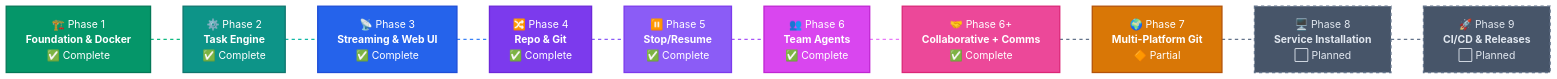
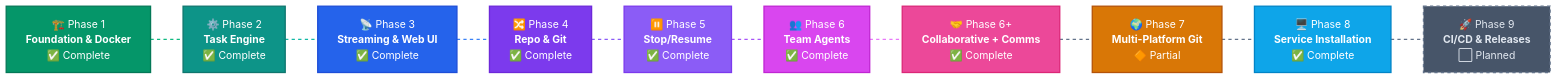
Before and after one commit to davidebaraldo/Klaudio: the diagram in ROADMAP.md, drawn with Mermaid (base theme). The commit also changed other lines of this file and 11 other files, not shown here.

First line of the commit message:
feat: add Phase 8 — system service installation (Windows + Linux)

````diff
--- a/ROADMAP.md
+++ b/ROADMAP.md
@@ -7,36 +7,36 @@
 ```mermaid
 graph LR
     P1["🏗️ Phase 1<br/><b>Foundation & Docker</b><br/>✅ Complete"]
     P2["⚙️ Phase 2<br/><b>Task Engine</b><br/>✅ Complete"]
     P3["📡 Phase 3<br/><b>Streaming & Web UI</b><br/>✅ Complete"]
     P4["🔀 Phase 4<br/><b>Repo & Git</b><br/>✅ Complete"]
     P5["⏸️ Phase 5<br/><b>Stop/Resume</b><br/>✅ Complete"]
     P6["👥 Phase 6<br/><b>Team Agents</b><br/>✅ Complete"]
     P6P["🤝 Phase 6+<br/><b>Collaborative + Comms</b><br/>✅ Complete"]
     P7["🌍 Phase 7<br/><b>Multi-Platform Git</b><br/>🔶 Partial"]
-    P8["🖥️ Phase 8<br/><b>Service Installation</b><br/>⬜ Planned"]
+    P8["🖥️ Phase 8<br/><b>Service Installation</b><br/>✅ Complete"]
     P9["🚀 Phase 9<br/><b>CI/CD & Releases</b><br/>⬜ Planned"]
 
     P1 -.- P2 -.- P3 -.- P4 -.- P5 -.- P6 -.- P6P -.- P7 -.- P8 -.- P9
 
     style P1 fill:#059669,stroke:#047857,color:#fff,stroke-width:2px
     style P2 fill:#0d9488,stroke:#0f766e,color:#fff,stroke-width:2px
     style P3 fill:#2563eb,stroke:#1d4ed8,color:#fff,stroke-width:2px
     style P4 fill:#7c3aed,stroke:#6d28d9,color:#fff,stroke-width:2px
     style P5 fill:#8b5cf6,stroke:#7c3aed,color:#fff,stroke-width:2px
     style P6 fill:#d946ef,stroke:#c026d3,color:#fff,stroke-width:2px
     style P6P fill:#ec4899,stroke:#db2777,color:#fff,stroke-width:2px
     style P7 fill:#d97706,stroke:#b45309,color:#fff,stroke-width:2px
-    style P8 fill:#475569,stroke:#64748b,color:#e2e8f0,stroke-width:2px,stroke-dasharray:5
+    style P8 fill:#0ea5e9,stroke:#0284c7,color:#fff,stroke-width:2px
     style P9 fill:#475569,stroke:#64748b,color:#e2e8f0,stroke-width:2px,stroke-dasharray:5
 
     linkStyle 0 stroke:#10b981,stroke-width:2px,stroke-dasharray:5
     linkStyle 1 stroke:#14b8a6,stroke-width:2px,stroke-dasharray:5
     linkStyle 2 stroke:#3b82f6,stroke-width:2px,stroke-dasharray:5
     linkStyle 3 stroke:#8b5cf6,stroke-width:2px,stroke-dasharray:5
     linkStyle 4 stroke:#a855f7,stroke-width:2px,stroke-dasharray:5
     linkStyle 5 stroke:#e879f9,stroke-width:2px,stroke-dasharray:5
     linkStyle 6 stroke:#64748b,stroke-width:2px,stroke-dasharray:5
     linkStyle 7 stroke:#64748b,stroke-width:2px,stroke-dasharray:5
     linkStyle 8 stroke:#64748b,stroke-width:2px,stroke-dasharray:5
 ```
````
